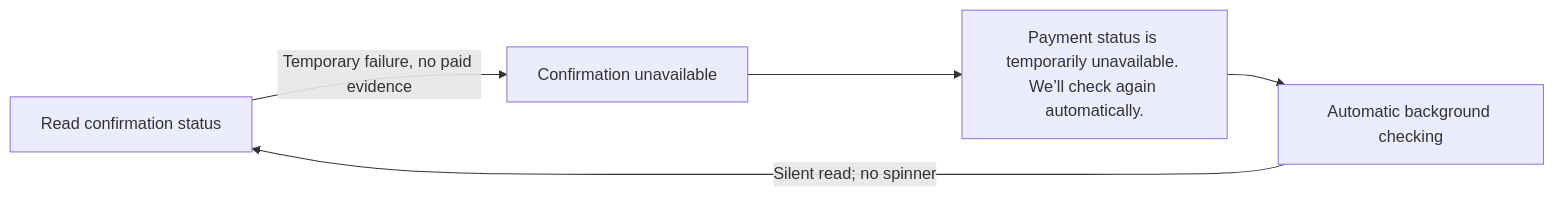
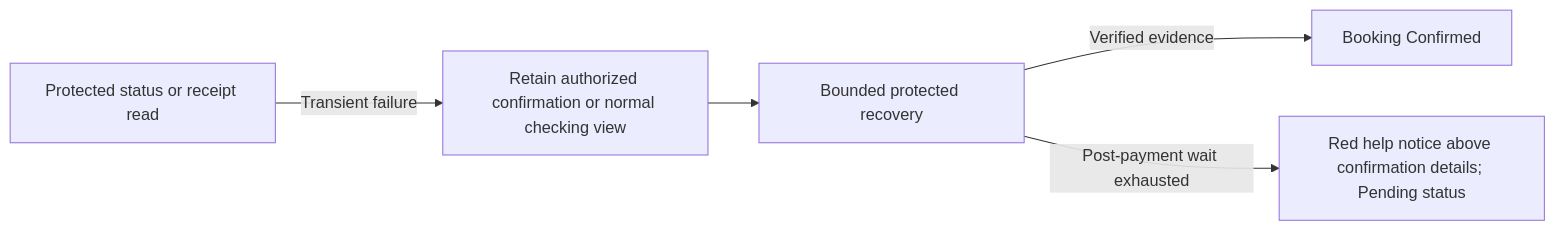
Diagram 11 of 19 in docs/booking-flows.md (soccerbotstudiosg/soccerbotstudioSG), drawn with Mermaid before and after one commit. The commit also changed other lines of this file and 20 other files, not shown here.

First line of the commit message:
Keep checkout recovery within the calendar and confirmation flows (#73)

````diff
--- a/docs/booking-flows.md
+++ b/docs/booking-flows.md
@@ -198,7 +198,7 @@
 ```mermaid
 flowchart LR
-  A["Read confirmation status"] -->|Temporary failure, no paid evidence| B["Confirmation unavailable"]
-  B --> C["Payment status is temporarily unavailable. We’ll check again automatically."]
-  C --> D["Automatic background checking"]
-  D -->|Silent read; no spinner| A
+  A["Protected status or receipt read"] -->|Transient failure| B["Retain authorized confirmation or normal checking view"]
+  B --> C["Bounded protected recovery"]
+  C -->|Verified evidence| D["Booking Confirmed"]
+  C -->|Post-payment wait exhausted| E["Red help notice above confirmation details; Pending status"]
 ```
````
